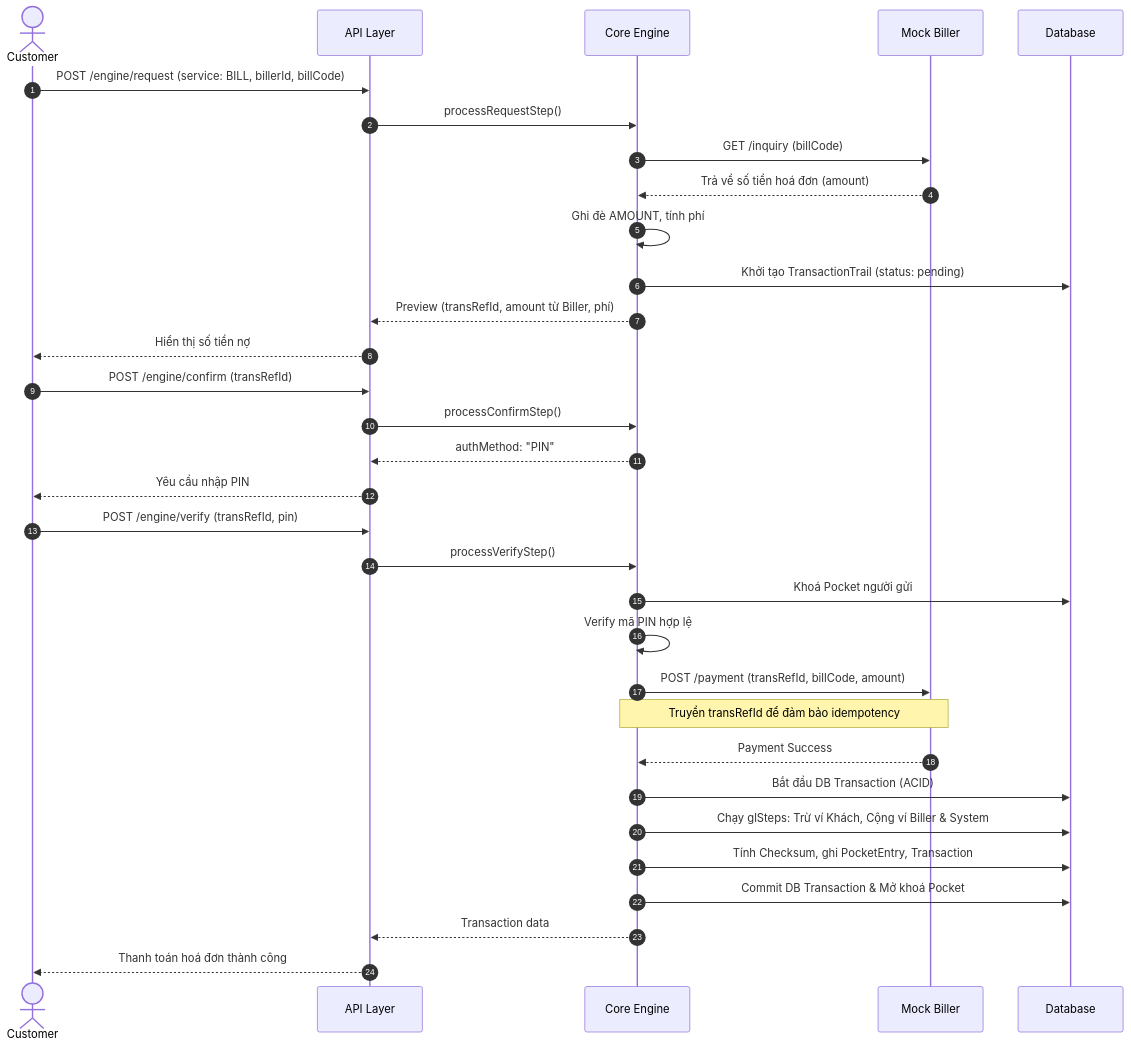
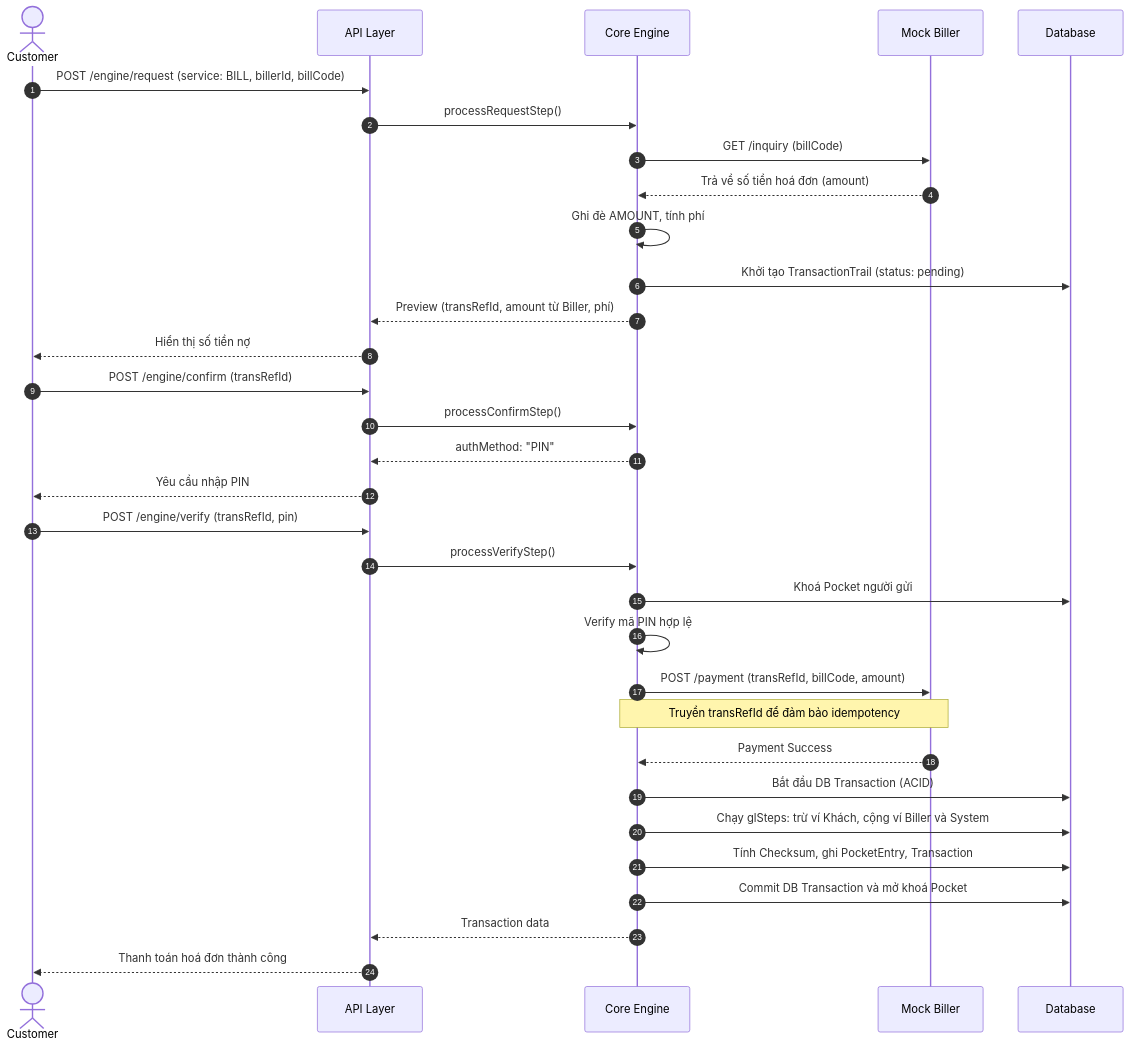
Before and after one commit to DLdevcoder/MINI-WALLET: the third of 3 diagrams in docs/mini-mini-wallet/mini-wallet.md, drawn with Mermaid. The commit also changed other lines of this file and 2 other files, not shown here.

````diff
--- a/docs/mini-mini-wallet/mini-wallet.md
+++ b/docs/mini-mini-wallet/mini-wallet.md
@@ -112,44 +112,44 @@
 ```mermaid
 sequenceDiagram
     autonumber
     actor C as Customer
     participant A as API Layer
     participant E as Core Engine
     participant B as Mock Biller
     participant D as Database
 
     %% REQUEST + INQUIRY
     C->>A: POST /engine/request (service: BILL, billerId, billCode)
     A->>E: processRequestStep()
     E->>B: GET /inquiry (billCode)
     B-->>E: Trả về số tiền hoá đơn (amount)
     E->>E: Ghi đè AMOUNT, tính phí
     E->>D: Khởi tạo TransactionTrail (status: pending)
     E-->>A: Preview (transRefId, amount từ Biller, phí)
     A-->>C: Hiển thị số tiền nợ
 
     %% CONFIRM
     C->>A: POST /engine/confirm (transRefId)
     A->>E: processConfirmStep()
     E-->>A: authMethod: "PIN"
     A-->>C: Yêu cầu nhập PIN
 
     %% VERIFY + PAYMENT
     C->>A: POST /engine/verify (transRefId, pin)
     A->>E: processVerifyStep()
     E->>D: Khoá Pocket người gửi
     E->>E: Verify mã PIN hợp lệ
 
     %% CALL BILLER
     E->>B: POST /payment (transRefId, billCode, amount)
     Note over E,B: Truyền transRefId để đảm bảo idempotency
     B-->>E: Payment Success
 
     %% LEDGER
     E->>D: Bắt đầu DB Transaction (ACID)
-    E->>D: Chạy glSteps: Trừ ví Khách, Cộng ví Biller & System
+    E->>D: Chạy glSteps: trừ ví Khách, cộng ví Biller và System
     E->>D: Tính Checksum, ghi PocketEntry, Transaction
-    E->>D: Commit DB Transaction & Mở khoá Pocket
+    E->>D: Commit DB Transaction và mở khoá Pocket
     E-->>A: Transaction data
     A-->>C: Thanh toán hoá đơn thành công
 ```
````
